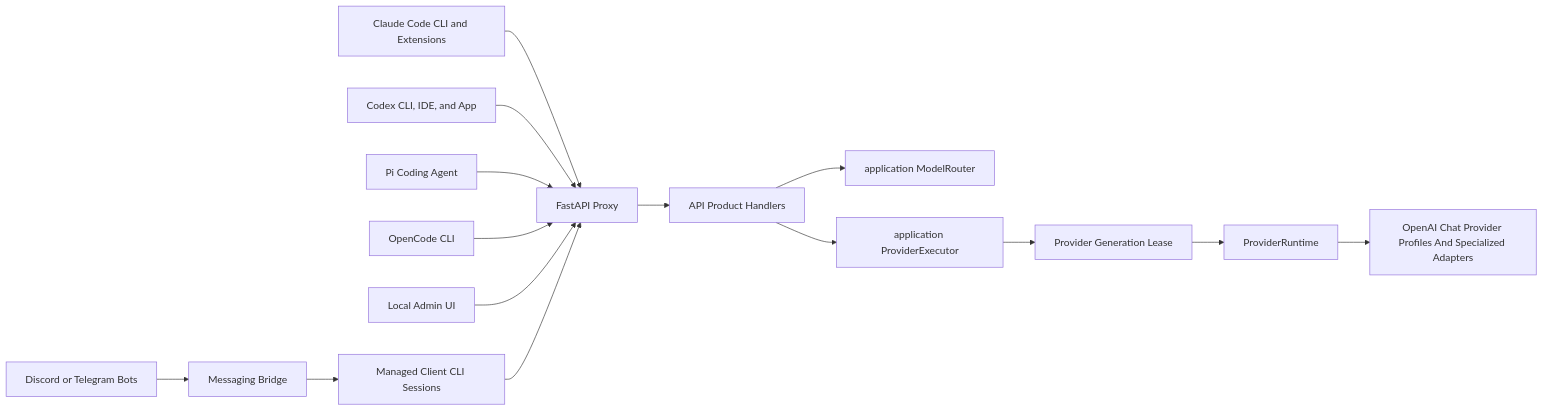
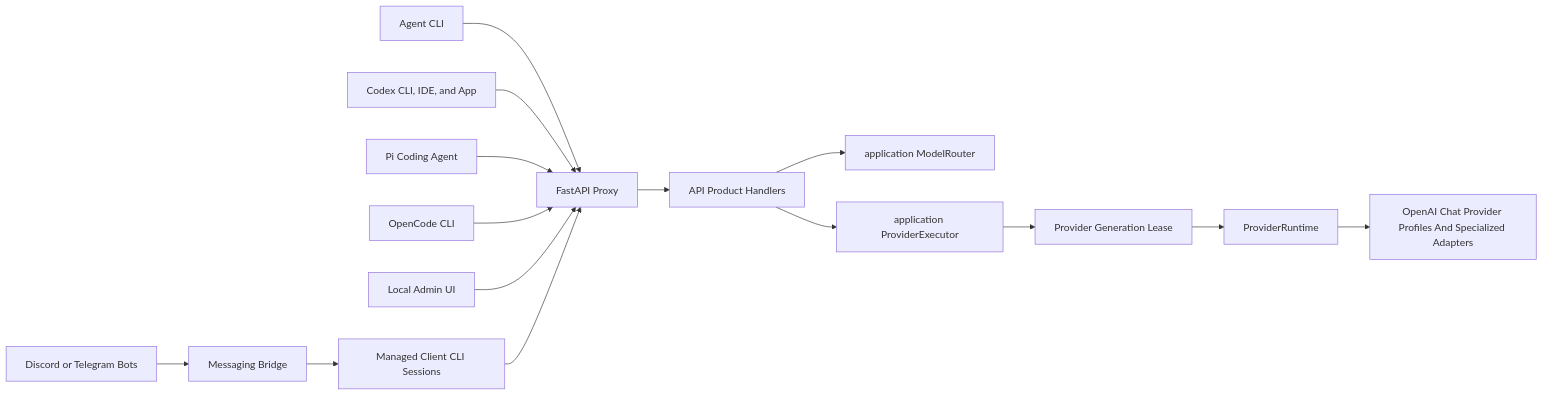
One commit to chrometechhype/codexproxy changed the first of 3 diagrams in ARCHITECTURE.md. Above: the diagram before and after it, drawn with Mermaid. The commit also changed other lines of this file and 34 other files, not shown here.

````diff
--- a/ARCHITECTURE.md
+++ b/ARCHITECTURE.md
@@ -27,17 +26,17 @@
 ```mermaid
 flowchart LR
-    ClaudeCode[Claude Code CLI and Extensions] --> ProxyAPI[FastAPI Proxy]
+    AgentCLI[Agent CLI] --> ProxyAPI[FastAPI Proxy]
     Codex[Codex CLI, IDE, and App] --> ProxyAPI
     Pi[Pi Coding Agent] --> ProxyAPI
     OpenCode[OpenCode CLI] --> ProxyAPI
     AdminUI[Local Admin UI] --> ProxyAPI
     Bots[Discord or Telegram Bots] --> Messaging[Messaging Bridge]
     Messaging --> ClientCLI[Managed Client CLI Sessions]
     ClientCLI --> ProxyAPI
     ProxyAPI --> Handlers[API Product Handlers]
     Handlers --> Router[application ModelRouter]
     Handlers --> Executor[application ProviderExecutor]
     Executor --> Lease[Provider Generation Lease]
     Lease --> Providers[ProviderRuntime]
     Providers --> OpenAIChat[OpenAI Chat Provider Profiles And Specialized Adapters]
 ```
````
